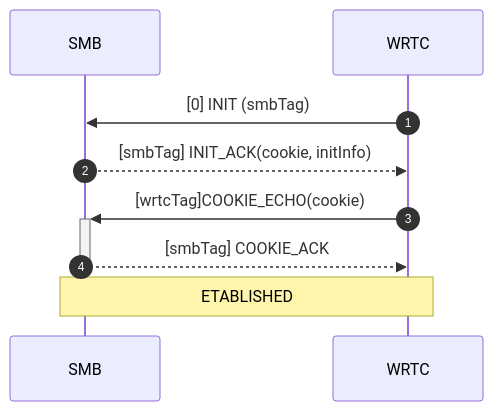
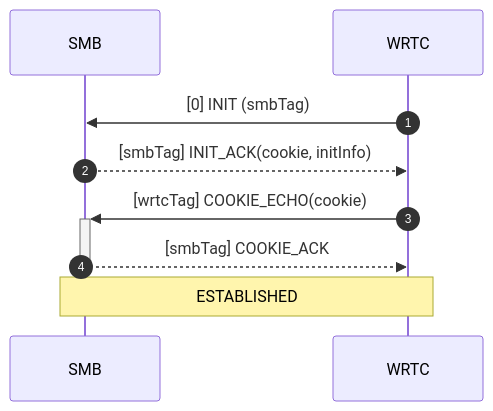
One commit to finos/SymphonyMediaBridge changed the diagram in doc/sctp/sctpSetup.md. Above: the diagram before and after it, drawn with Mermaid. The commit also changed 27 other files, not shown here.

````diff
--- a/doc/sctp/sctpSetup.md
+++ b/doc/sctp/sctpSetup.md
@@ -1,13 +1,13 @@
 ```mermaid
 sequenceDiagram
 autonumber
 
 participant SMB
 participant WRTC
 
 WRTC->>SMB: [0] INIT (smbTag)
 SMB-->>WRTC: [smbTag] INIT_ACK(cookie, initInfo)
-WRTC->>+SMB: [wrtcTag]COOKIE_ECHO(cookie)
+WRTC->>+SMB: [wrtcTag] COOKIE_ECHO(cookie)
 SMB-->>-WRTC: [smbTag] COOKIE_ACK
-note over SMB,WRTC: ETABLISHED
+note over SMB,WRTC: ESTABLISHED
 ```
````
